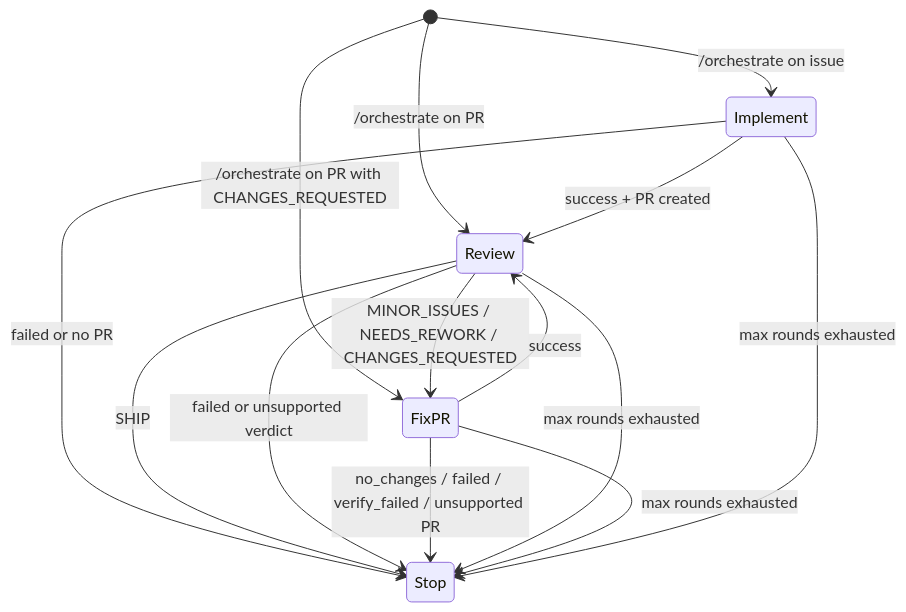
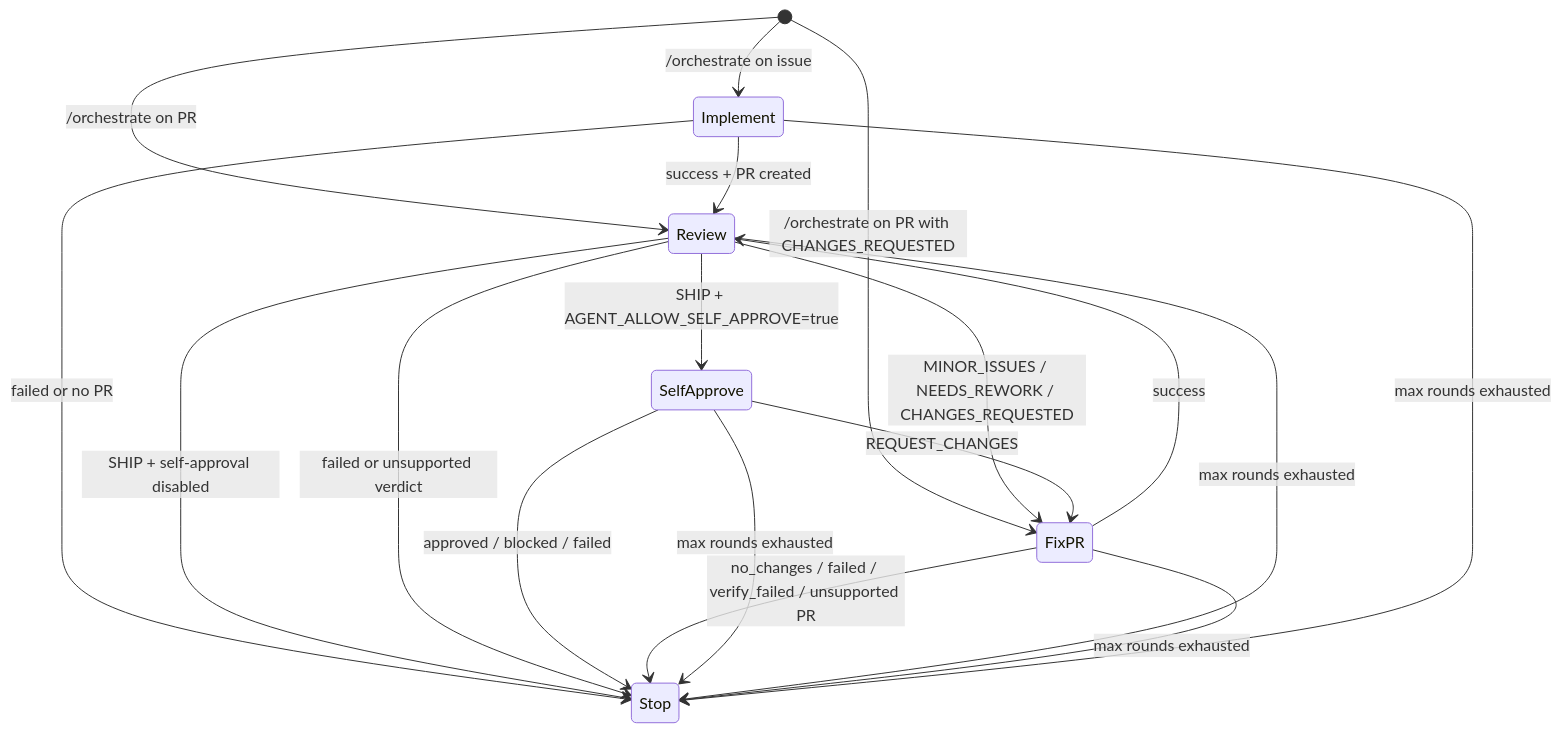
One commit to self-evolving/repo changed the diagram in .agent/docs/technical-details/agent-orchestrator.md. Above: the diagram before and after it, drawn with Mermaid. The commit also changed other lines of this file and 15 other files, not shown here.

Commit message:
Add self-approval orchestrator handoffs

````diff
--- a/.agent/docs/technical-details/agent-orchestrator.md
+++ b/.agent/docs/technical-details/agent-orchestrator.md
@@ -18,20 +18,25 @@
 ```mermaid
 stateDiagram-v2
     [*] --> Implement: /orchestrate on issue
     [*] --> Review: /orchestrate on PR
     [*] --> FixPR: /orchestrate on PR with CHANGES_REQUESTED
 
     Implement --> Review: success + PR created
     Implement --> Stop: failed or no PR
 
+    Review --> SelfApprove: SHIP + AGENT_ALLOW_SELF_APPROVE=true
     Review --> FixPR: MINOR_ISSUES / NEEDS_REWORK / CHANGES_REQUESTED
-    Review --> Stop: SHIP
+    Review --> Stop: SHIP + self-approval disabled
     Review --> Stop: failed or unsupported verdict
+
+    SelfApprove --> FixPR: REQUEST_CHANGES
+    SelfApprove --> Stop: approved / blocked / failed
 
     FixPR --> Review: success
     FixPR --> Stop: no_changes / failed / verify_failed / unsupported PR
 
+    SelfApprove --> Stop: max rounds exhausted
     Review --> Stop: max rounds exhausted
     FixPR --> Stop: max rounds exhausted
     Implement --> Stop: max rounds exhausted
 ```
````
